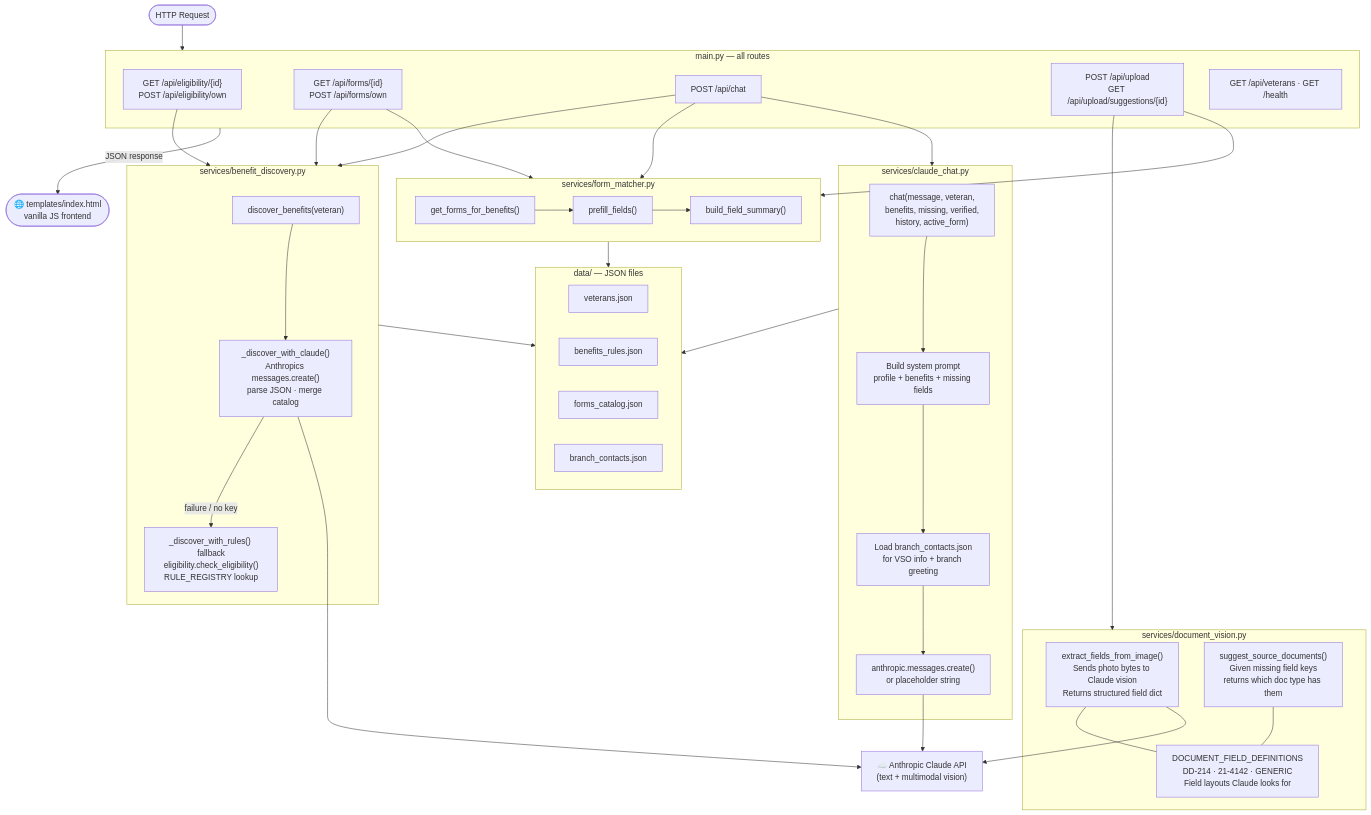
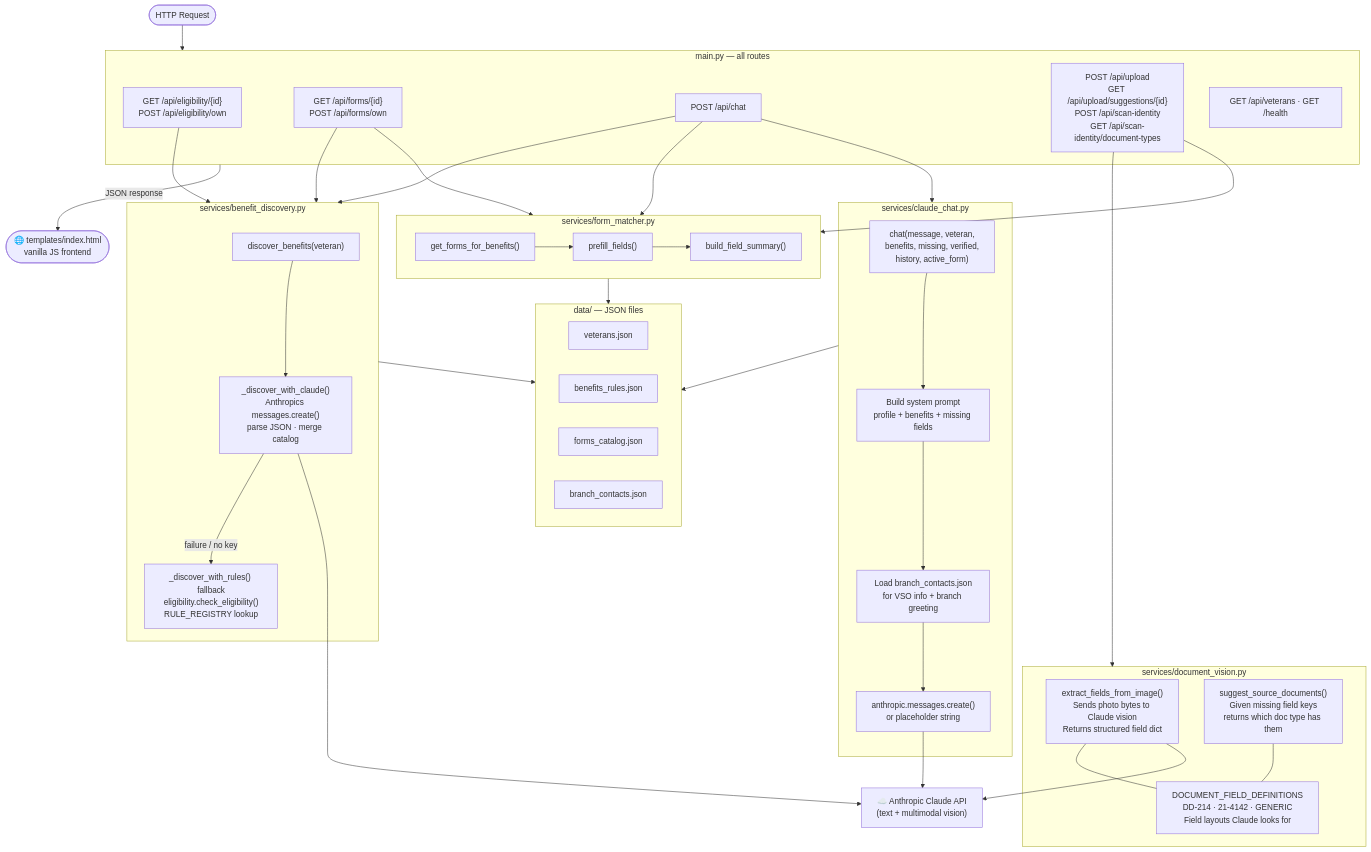
The seventh of 8 diagrams in README.md (akaseahawk/VetAssist), drawn with Mermaid before and after one commit. The commit also changed other lines of this file and 7 other files, not shown here.

````diff
--- a/README.md
+++ b/README.md
@@ -310,71 +310,71 @@
 ```mermaid
 flowchart TD
     REQ([HTTP Request]) --> MAIN
 
     subgraph MAIN["main.py — all routes"]
         R1["GET /api/eligibility/{id}\nPOST /api/eligibility/own"]
         R2["GET /api/forms/{id}\nPOST /api/forms/own"]
         R3["POST /api/chat"]
-        R4["POST /api/upload\nGET /api/upload/suggestions/{id}"]
+        R4["POST /api/upload\nGET /api/upload/suggestions/{id}\nPOST /api/scan-identity\nGET /api/scan-identity/document-types"]
         R5["GET /api/veterans · GET /health"]
     end
 
     R1 --> BD
     R2 --> BD
     R3 --> BD
     R4 --> DV
     R4 --> FM
 
     subgraph DV["services/document_vision.py"]
         DV1["extract_fields_from_image()\nSends photo bytes to Claude vision\nReturns structured field dict"]
         DV2["suggest_source_documents()\nGiven missing field keys\nreturns which doc type has them"]
         DV3["DOCUMENT_FIELD_DEFINITIONS\nDD-214 · 21-4142 · GENERIC\nField layouts Claude looks for"]
         DV1 --- DV3
         DV2 --- DV3
     end
 
     subgraph BD["services/benefit_discovery.py"]
         BD1["discover_benefits(veteran)"]
         BD2["_discover_with_claude()\nAnthropics messages.create()\nparse JSON · merge catalog"]
         BD3["_discover_with_rules() fallback\neligibility.check_eligibility()\nRULE_REGISTRY lookup"]
         BD1 --> BD2
         BD2 -->|"failure / no key"| BD3
     end
 
     R2 --> FM
     R3 --> FM
 
     subgraph FM["services/form_matcher.py"]
         FM1["get_forms_for_benefits()"]
         FM2["prefill_fields()"]
         FM3["build_field_summary()"]
         FM1 --> FM2 --> FM3
     end
 
     R3 --> CC
 
     subgraph CC["services/claude_chat.py"]
         CC1["chat(message, veteran,\nbenefits, missing, verified,\nhistory, active_form)"]
         CC2["Build system prompt\nprofile + benefits + missing fields"]
         CC3["Load branch_contacts.json\nfor VSO info + branch greeting"]
         CC4["anthropic.messages.create()\nor placeholder string"]
         CC1 --> CC2 --> CC3 --> CC4
     end
 
     BD --> DATA
     FM --> DATA
     CC --> DATA
 
     subgraph DATA["data/ — JSON files"]
         D1[veterans.json]
         D2[benefits_rules.json]
         D3[forms_catalog.json]
         D4[branch_contacts.json]
     end
 
     BD2 --> ANTHROPIC["☁️ Anthropic Claude API\n(text + multimodal vision)"]
     CC4 --> ANTHROPIC
     DV1 --> ANTHROPIC
 
     MAIN -->|JSON response| FE(["🌐 templates/index.html\nvanilla JS frontend"])
 ```
````
